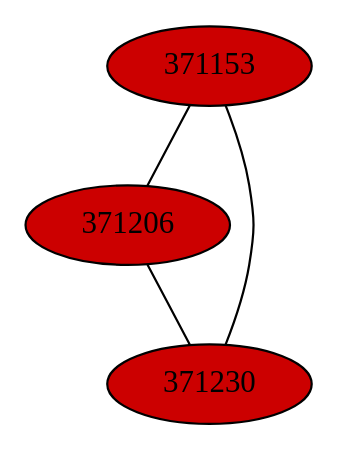
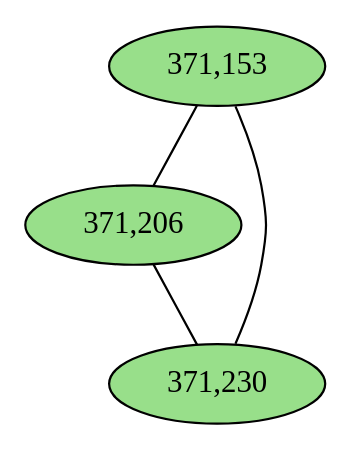
Before and after one commit to fedarko/sheepgut: the diagram in notebooks/graphs/CAMP_cc5.gv, drawn with Graphviz. The commit also changed 59 other files, not shown here.

Commit message:
color lm graphs by gene #

```diff
--- a/notebooks/graphs/CAMP_cc5.gv
+++ b/notebooks/graphs/CAMP_cc5.gv
@@ -1,9 +1,9 @@
 graph CAMP_cc5 {
 	K = 2.0;
-	371153 [style="filled", fillcolor="#cc0000"];
-	371206 [style="filled", fillcolor="#cc0000"];
-	371230 [style="filled", fillcolor="#cc0000"];
-	371153 -- 371206;
-	371153 -- 371230;
-	371206 -- 371230;
+	overlap="prism2";	"371,153" [style="filled", fillcolor="#98df8a", fontcolor="#000000"];
+	"371,206" [style="filled", fillcolor="#98df8a", fontcolor="#000000"];
+	"371,230" [style="filled", fillcolor="#98df8a", fontcolor="#000000"];
+	"371,153" -- "371,206";
+	"371,153" -- "371,230";
+	"371,206" -- "371,230";
 }
```
